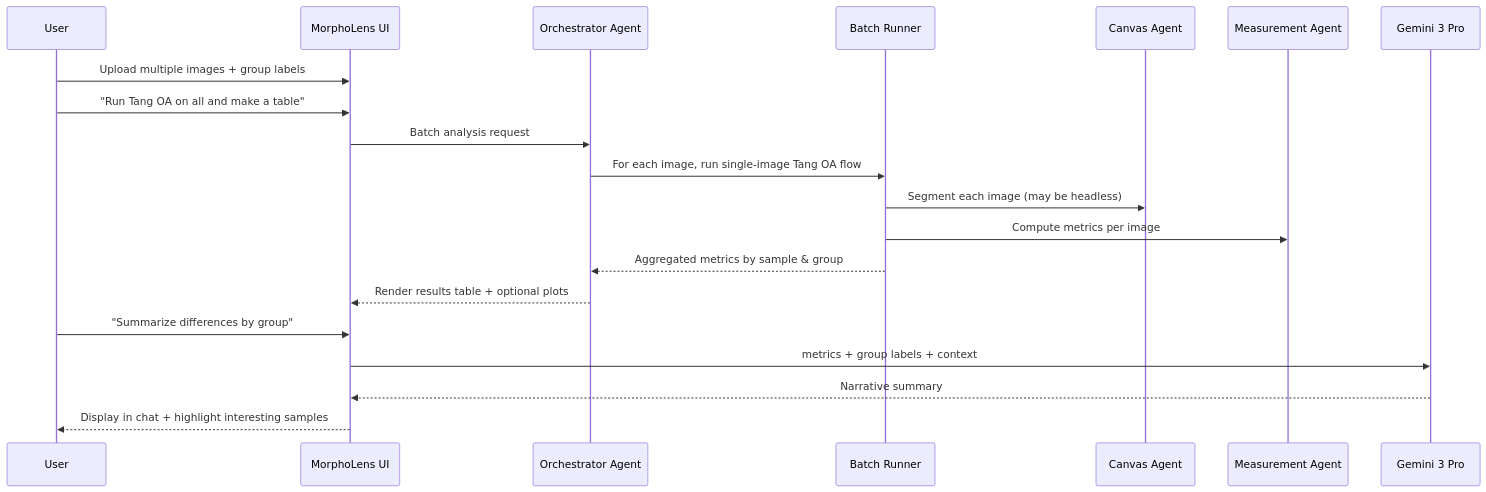
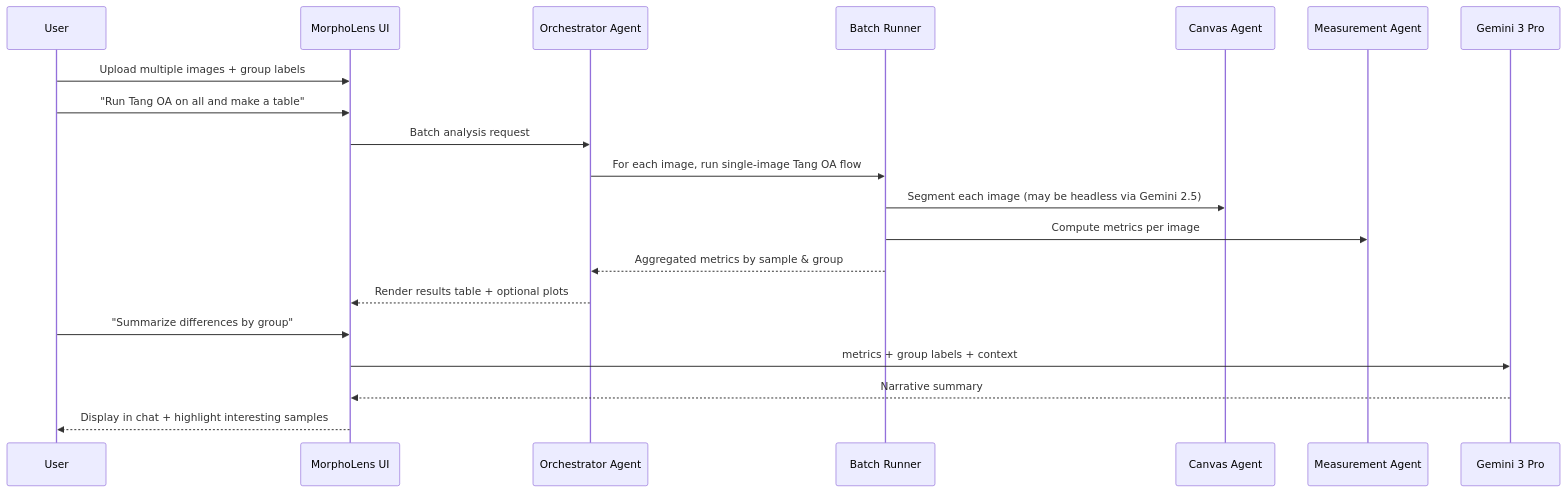
The fifth of 6 diagrams in _docs/technical/UX-user-flow.md (haowjy/morphiclens), drawn with Mermaid before and after one commit. The commit also changed other lines of this file and 5 other files, not shown here.

````diff
--- a/_docs/technical/UX-user-flow.md
+++ b/_docs/technical/UX-user-flow.md
@@ -379,25 +376,25 @@
 ```mermaid
 sequenceDiagram
     participant U as User
     participant UI as MorphoLens UI
     participant OA as Orchestrator Agent
     participant Batch as Batch Runner
     participant Canvas as Canvas Agent
     participant Meas as Measurement Agent
     participant LLM as Gemini 3 Pro
 
     U->>UI: Upload multiple images + group labels
     U->>UI: "Run Tang OA on all and make a table"
 
     UI->>OA: Batch analysis request
     OA->>Batch: For each image, run single-image Tang OA flow
-    Batch->>Canvas: Segment each image (may be headless)
+    Batch->>Canvas: Segment each image (may be headless via Gemini 2.5)
     Batch->>Meas: Compute metrics per image
     Batch-->>OA: Aggregated metrics by sample & group
 
     OA-->>UI: Render results table + optional plots
     U->>UI: "Summarize differences by group"
     UI->>LLM: metrics + group labels + context
     LLM-->>UI: Narrative summary
     UI-->>U: Display in chat + highlight interesting samples
 ```
````
